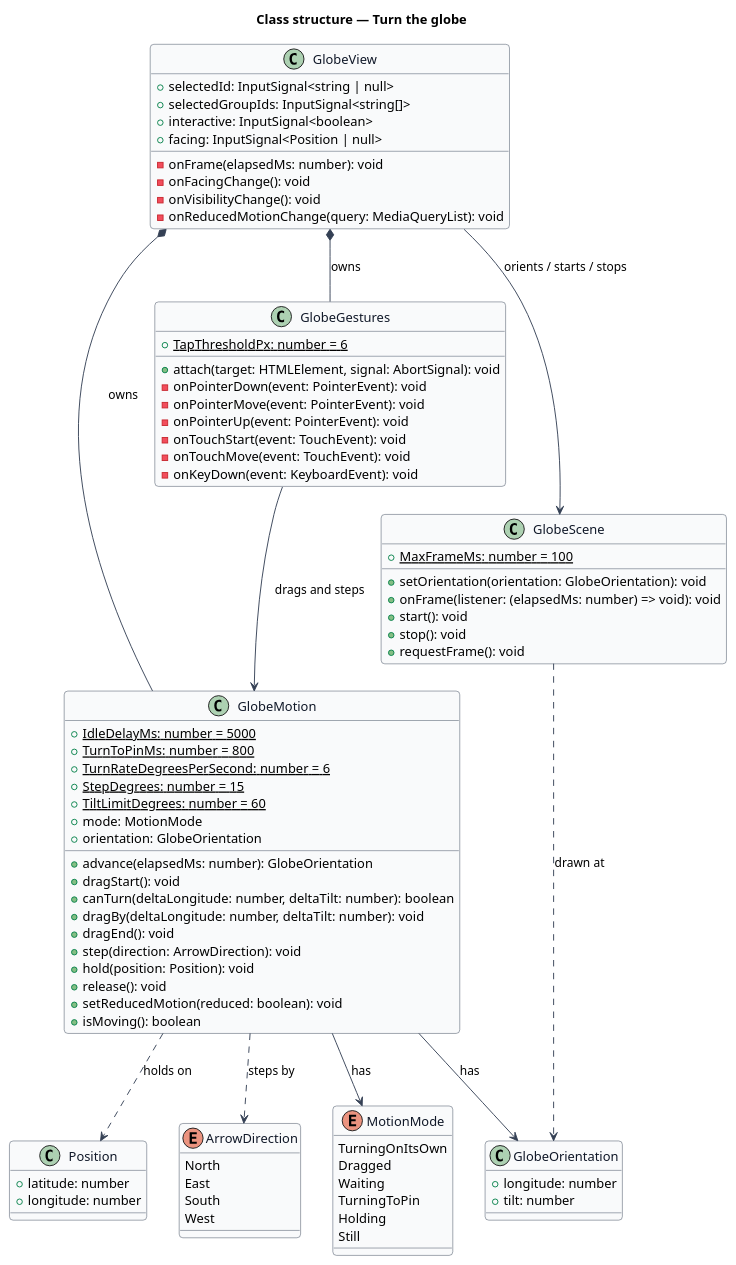
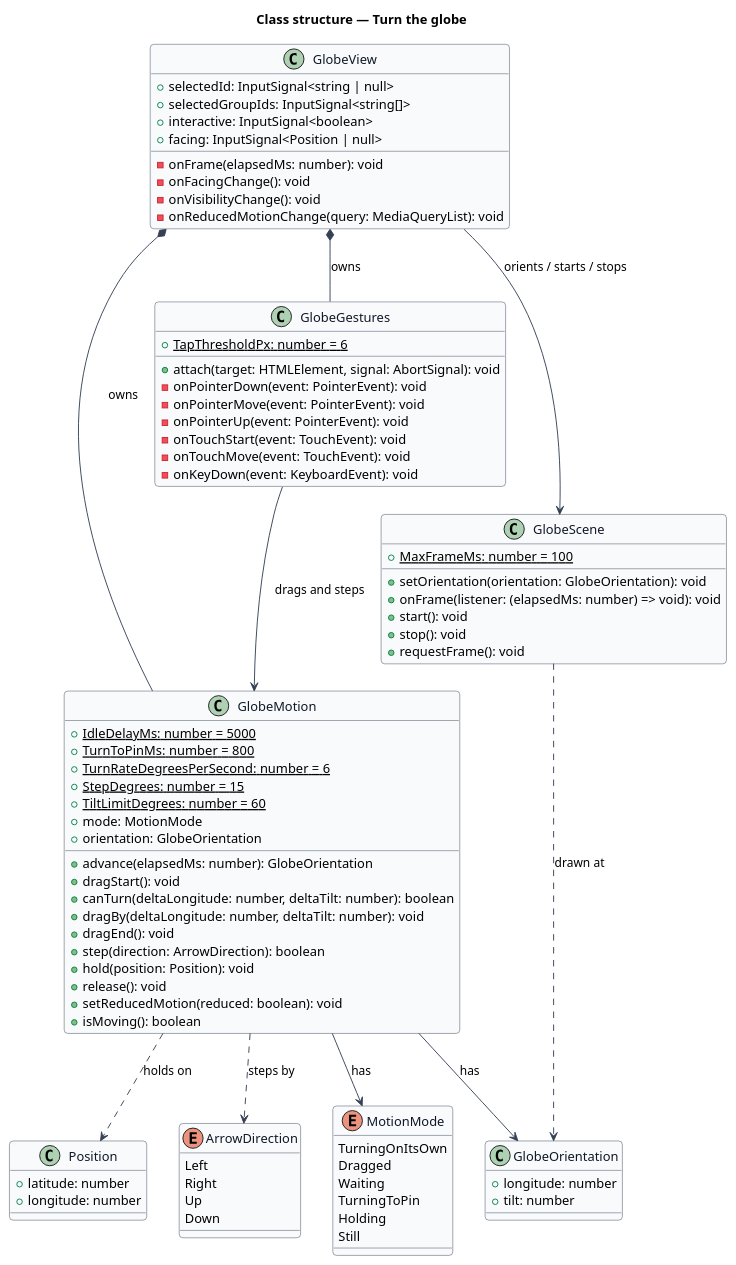
The diagram in docs/detailed-designs/globe/turn-globe/diagrams/class-structure.puml (QuinntyneBrown/Mondino), drawn with PlantUML before and after one commit. The commit also changed 5 other files, not shown here.

```diff
--- a/docs/detailed-designs/globe/turn-globe/diagrams/class-structure.puml
+++ b/docs/detailed-designs/globe/turn-globe/diagrams/class-structure.puml
@@ -1,100 +1,100 @@
 @startuml
 skinparam backgroundColor #FFFFFF
 skinparam shadowing false
 skinparam roundcorner 8
 skinparam defaultFontName Arial
 skinparam ArrowColor #344054
 skinparam class {
   BorderColor #344054
   FontColor #101828
   BackgroundColor #F9FAFB
 }
 title Class structure — Turn the globe
 
 enum MotionMode {
   TurningOnItsOwn
   Dragged
   Waiting
   TurningToPin
   Holding
   Still
 }
 
 enum ArrowDirection {
-  North
-  East
-  South
-  West
+  Left
+  Right
+  Up
+  Down
 }
 
 class GlobeOrientation {
   +longitude: number
   +tilt: number
 }
 
 class GlobeMotion {
   {static} +IdleDelayMs: number = 5000
   {static} +TurnToPinMs: number = 800
   {static} +TurnRateDegreesPerSecond: number = 6
   {static} +StepDegrees: number = 15
   {static} +TiltLimitDegrees: number = 60
   +mode: MotionMode
   +orientation: GlobeOrientation
   +advance(elapsedMs: number): GlobeOrientation
   +dragStart(): void
   +canTurn(deltaLongitude: number, deltaTilt: number): boolean
   +dragBy(deltaLongitude: number, deltaTilt: number): void
   +dragEnd(): void
-  +step(direction: ArrowDirection): void
+  +step(direction: ArrowDirection): boolean
   +hold(position: Position): void
   +release(): void
   +setReducedMotion(reduced: boolean): void
   +isMoving(): boolean
 }
 
 class GlobeGestures {
   {static} +TapThresholdPx: number = 6
   +attach(target: HTMLElement, signal: AbortSignal): void
   -onPointerDown(event: PointerEvent): void
   -onPointerMove(event: PointerEvent): void
   -onPointerUp(event: PointerEvent): void
   -onTouchStart(event: TouchEvent): void
   -onTouchMove(event: TouchEvent): void
   -onKeyDown(event: KeyboardEvent): void
 }
 
 class GlobeView {
   +selectedId: InputSignal<string | null>
   +selectedGroupIds: InputSignal<string[]>
   +interactive: InputSignal<boolean>
   +facing: InputSignal<Position | null>
   -onFrame(elapsedMs: number): void
   -onFacingChange(): void
   -onVisibilityChange(): void
   -onReducedMotionChange(query: MediaQueryList): void
 }
 
 class GlobeScene {
   {static} +MaxFrameMs: number = 100
   +setOrientation(orientation: GlobeOrientation): void
   +onFrame(listener: (elapsedMs: number) => void): void
   +start(): void
   +stop(): void
   +requestFrame(): void
 }
 
 class Position {
   +latitude: number
   +longitude: number
 }
 
 GlobeView *-- GlobeMotion : owns
 GlobeView *-- GlobeGestures : owns
 GlobeView --> GlobeScene : orients / starts / stops
 GlobeGestures --> GlobeMotion : drags and steps
 GlobeMotion --> MotionMode : has
 GlobeMotion --> GlobeOrientation : has
 GlobeMotion ..> ArrowDirection : steps by
 GlobeMotion ..> Position : holds on
 GlobeScene ..> GlobeOrientation : drawn at
 @enduml
```
